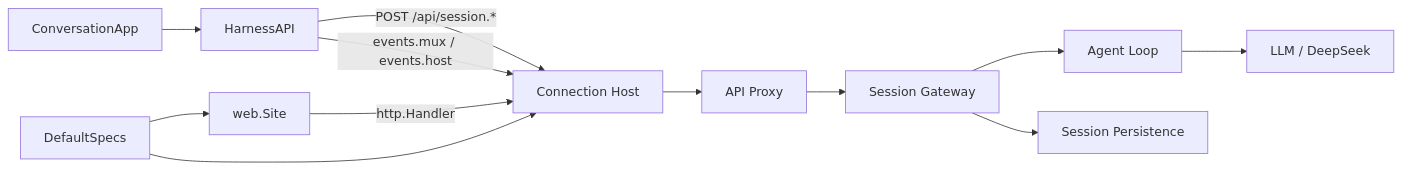
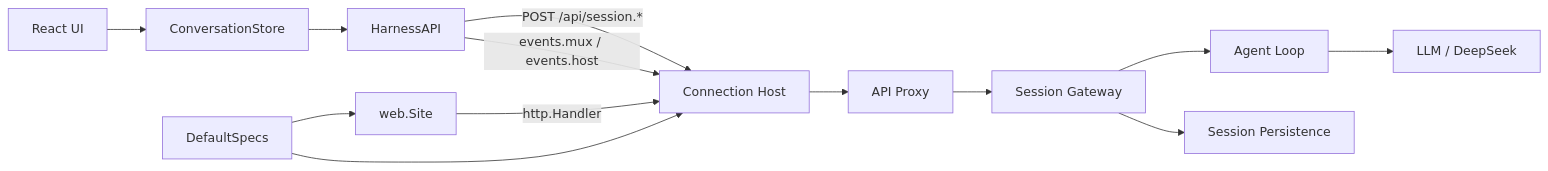
One commit to gorenx/goren changed the first of 2 diagrams in web/README.zh-CN.md. Above: the diagram before and after it, drawn with Mermaid. The commit also changed other lines of this file and 4 other files, not shown here.

````diff
--- a/web/README.zh-CN.md
+++ b/web/README.zh-CN.md
@@ -24,15 +25,16 @@
 ```mermaid
 flowchart LR
-    Browser[ConversationApp] --> Client[HarnessAPI]
+    Browser[React UI] --> Store[ConversationStore]
+    Store --> Client[HarnessAPI]
     Client -->|POST /api/session.*| Host[Connection Host]
     Client -->|events.mux / events.host| Host
     Host --> Proxy[API Proxy]
     Proxy --> Session[Session Gateway]
     Session --> Agent[Agent Loop]
     Agent --> LLM[LLM / DeepSeek]
     Session --> Persistence[Session Persistence]
 
     Site[web.Site] -->|http.Handler| Host
     Assembly[DefaultSpecs] --> Site
     Assembly --> Host
 ```
````
